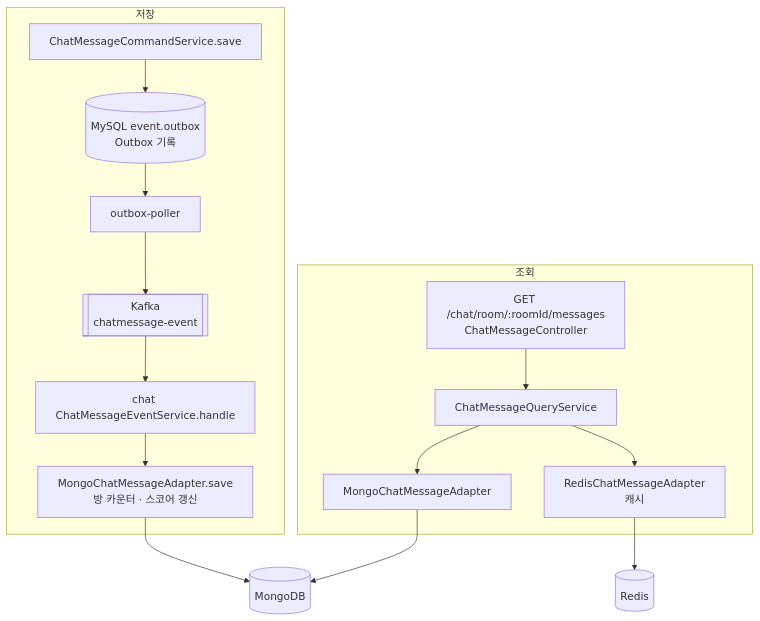
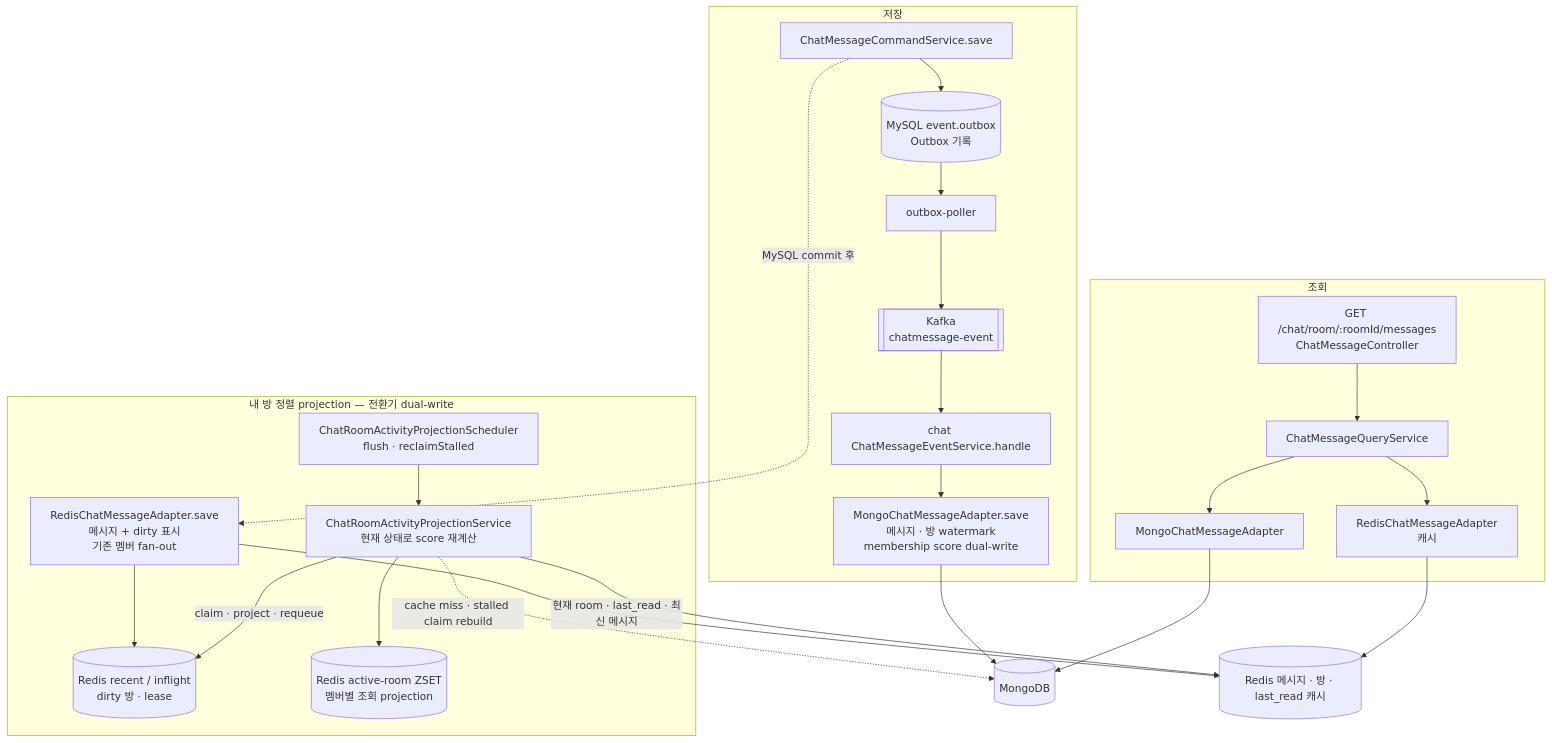
Before and after one commit to noah0504789/crypto-project-backend: diagram 11 of 16 in docs/SERVICE_FLOWS.md, drawn with Mermaid. The commit also changed other lines of this file and 42 other files, not shown here.

First line of the commit message:
[feat] chat: 비동기 기반의 채팅방 활동 projection 갱신 구조 도입 (#287)

````diff
--- a/docs/SERVICE_FLOWS.md
+++ b/docs/SERVICE_FLOWS.md
@@ -233,26 +354,42 @@
 ```mermaid
 graph TB
   subgraph W["저장"]
     CMD["ChatMessageCommandService.save"]
     OB[("MySQL event.outbox<br/>Outbox 기록")]
     POLL["outbox-poller"]
     K[["Kafka<br/>chatmessage-event"]]
     EVT["chat ChatMessageEventService.handle"]
-    MADP["MongoChatMessageAdapter.save<br/>방 카운터 · 스코어 갱신"]
+    MADP["MongoChatMessageAdapter.save<br/>메시지 · 방 watermark<br/>membership score dual-write"]
+  end
+
+  subgraph P["내 방 정렬 projection — 전환기 dual-write"]
+    CACHE["RedisChatMessageAdapter.save<br/>메시지 + dirty 표시<br/>기존 멤버 fan-out"]
+    RECENT[("Redis recent / inflight<br/>dirty 방 · lease")]
+    SCH["ChatRoomActivityProjectionScheduler<br/>flush · reclaimStalled"]
+    PROJ["ChatRoomActivityProjectionService<br/>현재 상태로 score 재계산"]
+    ACTIVE[("Redis active-room ZSET<br/>멤버별 조회 projection")]
   end
 
   subgraph R["조회"]
     REQ["GET /chat/room/:roomId/messages<br/>ChatMessageController"]
     Q["ChatMessageQueryService"]
     RADP["RedisChatMessageAdapter<br/>캐시"]
     MADP2["MongoChatMessageAdapter"]
   end
 
   MONGO[("MongoDB")]
-  REDIS[("Redis")]
+  REDIS[("Redis 메시지 · 방 · last_read 캐시")]
 
   CMD --> OB --> POLL --> K --> EVT --> MADP --> MONGO
+  CMD -.->|"MySQL commit 후"| CACHE
+  CACHE --> REDIS
+  CACHE --> RECENT
+  SCH --> PROJ
+  PROJ -->|"claim · project · requeue"| RECENT
+  PROJ -->|"현재 room · last_read · 최신 메시지"| REDIS
+  PROJ --> ACTIVE
+  PROJ -.->|"cache miss · stalled claim rebuild"| MONGO
   REQ --> Q
   Q --> RADP --> REDIS
   Q --> MADP2 --> MONGO
 ```
````
